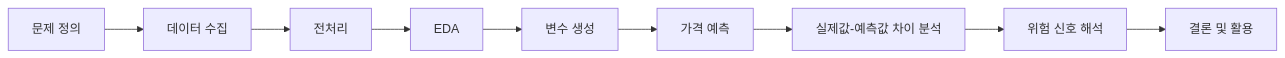
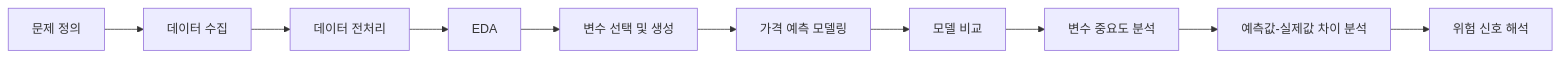
The diagram in readme.md (shiwjz/RealEstate-Risk-Radar), drawn with Mermaid before and after one commit. The commit also changed other lines of this file, not shown here.

````diff
--- a/readme.md
+++ b/readme.md
@@ -52,11 +81,12 @@
 ```mermaid
 flowchart LR
     A[문제 정의] --> B[데이터 수집]
-    B --> C[전처리]
+    B --> C[데이터 전처리]
     C --> D[EDA]
-    D --> E[변수 생성]
-    E --> F[가격 예측]
-    F --> G[실제값-예측값 차이 분석]
-    G --> H[위험 신호 해석]
-    H --> I[결론 및 활용]
+    D --> E[변수 선택 및 생성]
+    E --> F[가격 예측 모델링]
+    F --> G[모델 비교]
+    G --> H[변수 중요도 분석]
+    H --> I[예측값-실제값 차이 분석]
+    I --> J[위험 신호 해석]
 ```
````
